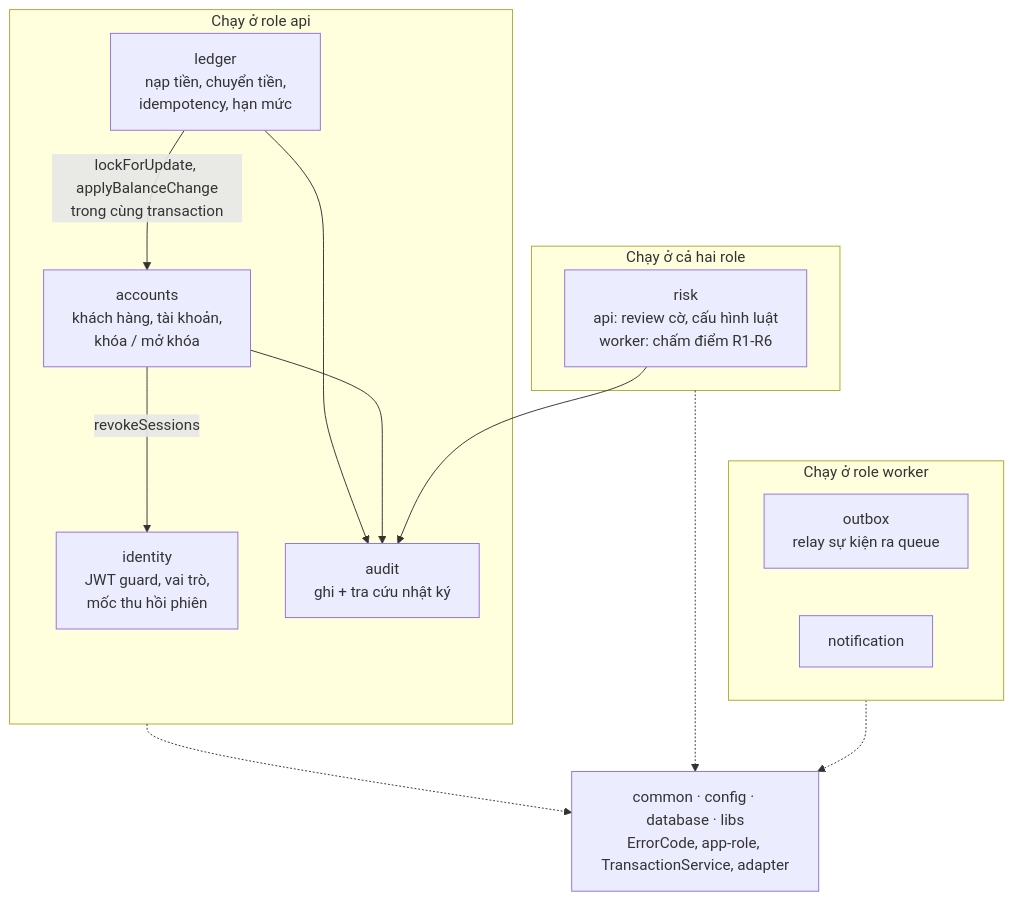
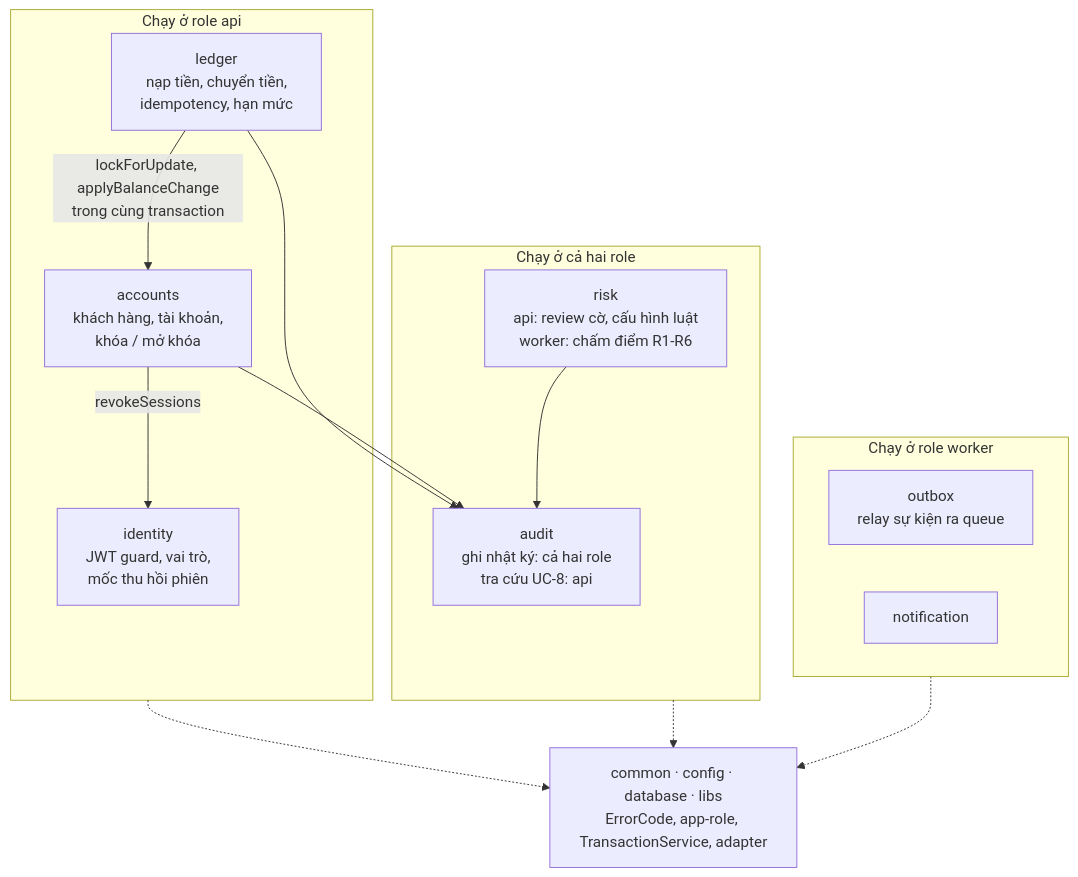
One commit to Lawliet119/digital-banking-simulator changed the third of 14 diagrams in docs/03_HIGH_LEVEL_ARCHITECTURE.md. Above: the diagram before and after it, drawn with Mermaid. The commit also changed other lines of this file and 15 other files, not shown here.

````diff
--- a/docs/03_HIGH_LEVEL_ARCHITECTURE.md
+++ b/docs/03_HIGH_LEVEL_ARCHITECTURE.md
@@ -129,26 +129,26 @@
 ```mermaid
 flowchart TB
     subgraph APIM[Chạy ở role api]
         IDM[identity<br/>JWT guard, vai trò,<br/>mốc thu hồi phiên]
         ACCM[accounts<br/>khách hàng, tài khoản,<br/>khóa / mở khóa]
         LEDM[ledger<br/>nạp tiền, chuyển tiền,<br/>idempotency, hạn mức]
-        AUDM[audit<br/>ghi + tra cứu nhật ký]
     end
     subgraph SHM[Chạy ở cả hai role]
         RSKM[risk<br/>api: review cờ, cấu hình luật<br/>worker: chấm điểm R1-R6]
+        AUDM[audit<br/>ghi nhật ký: cả hai role<br/>tra cứu UC-8: api]
     end
     subgraph WRKM[Chạy ở role worker]
         OUTM[outbox<br/>relay sự kiện ra queue]
         NOTM[notification]
     end
     COMMON[common · config · database · libs<br/>ErrorCode, app-role, TransactionService, adapter]
 
     LEDM -->|lockForUpdate, applyBalanceChange<br/>trong cùng transaction| ACCM
     LEDM --> AUDM
     ACCM --> AUDM
     RSKM --> AUDM
     ACCM -->|revokeSessions| IDM
     APIM -.-> COMMON
     SHM -.-> COMMON
     WRKM -.-> COMMON
 ```
````
